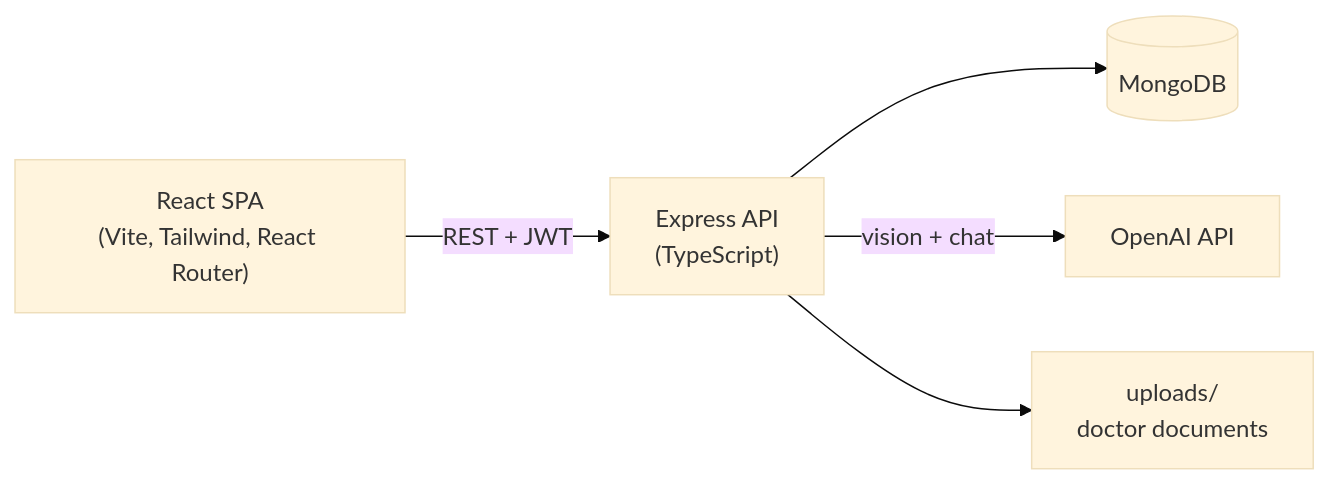
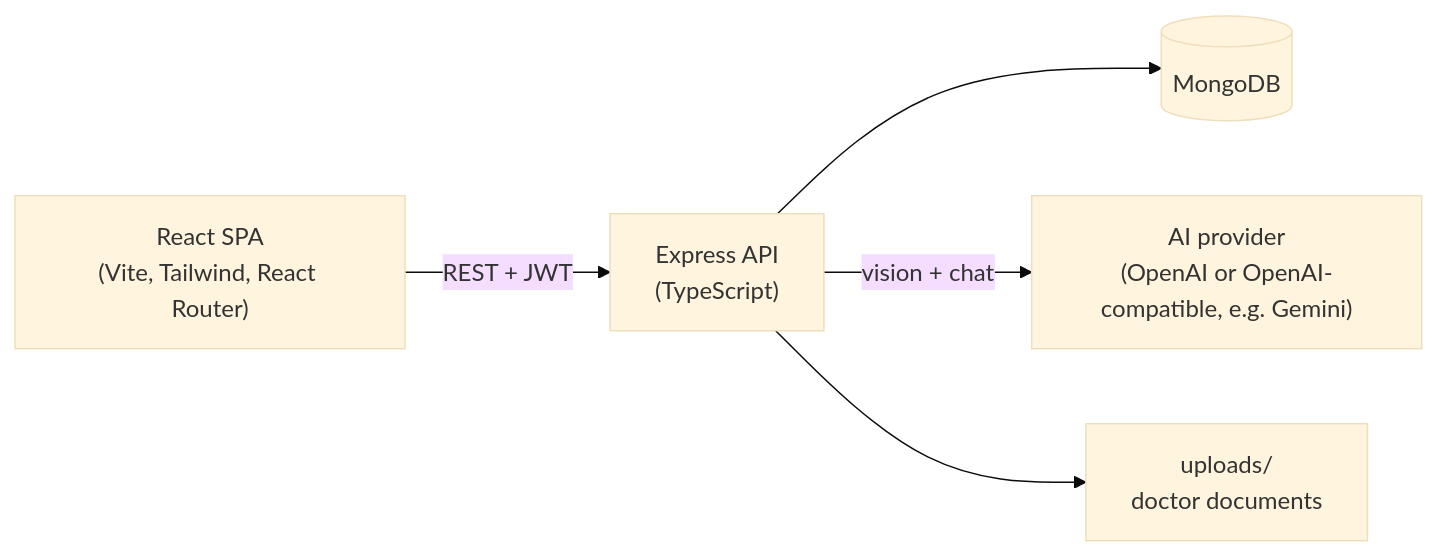
The diagram in README.md (SouradeepMisra/MedAI-Connect), drawn with Mermaid (base theme) before and after one commit. The commit also changed other lines of this file and 6 other files, not shown here.

First line of the commit message:
Make the AI provider configurable, verify a free Gemini key live (#9)

````diff
--- a/README.md
+++ b/README.md
@@ -45,7 +45,7 @@
 ```mermaid
 flowchart LR
     Browser["React SPA<br/>(Vite, Tailwind, React Router)"] -- "REST + JWT" --> API["Express API<br/>(TypeScript)"]
     API --> DB[("MongoDB")]
-    API -- "vision + chat" --> OpenAI["OpenAI API"]
+    API -- "vision + chat" --> OpenAI["AI provider<br/>(OpenAI or OpenAI-compatible, e.g. Gemini)"]
     API --> Disk["uploads/<br/>doctor documents"]
 ```
````
